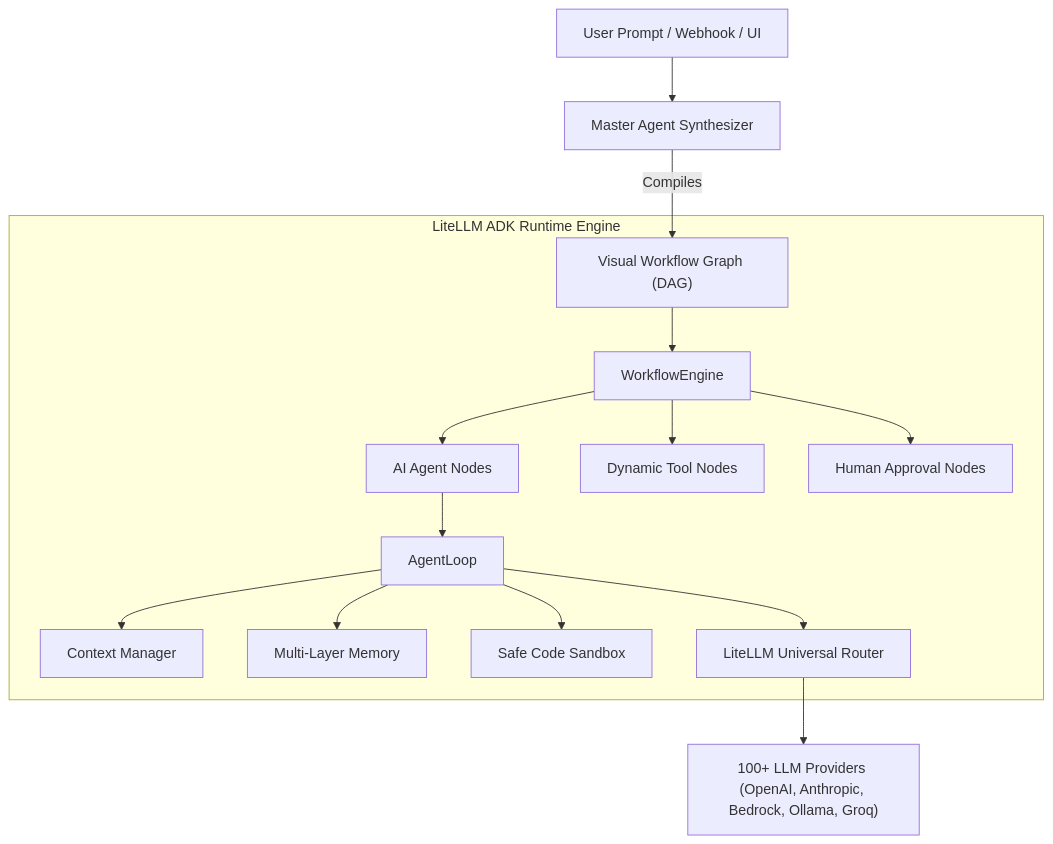
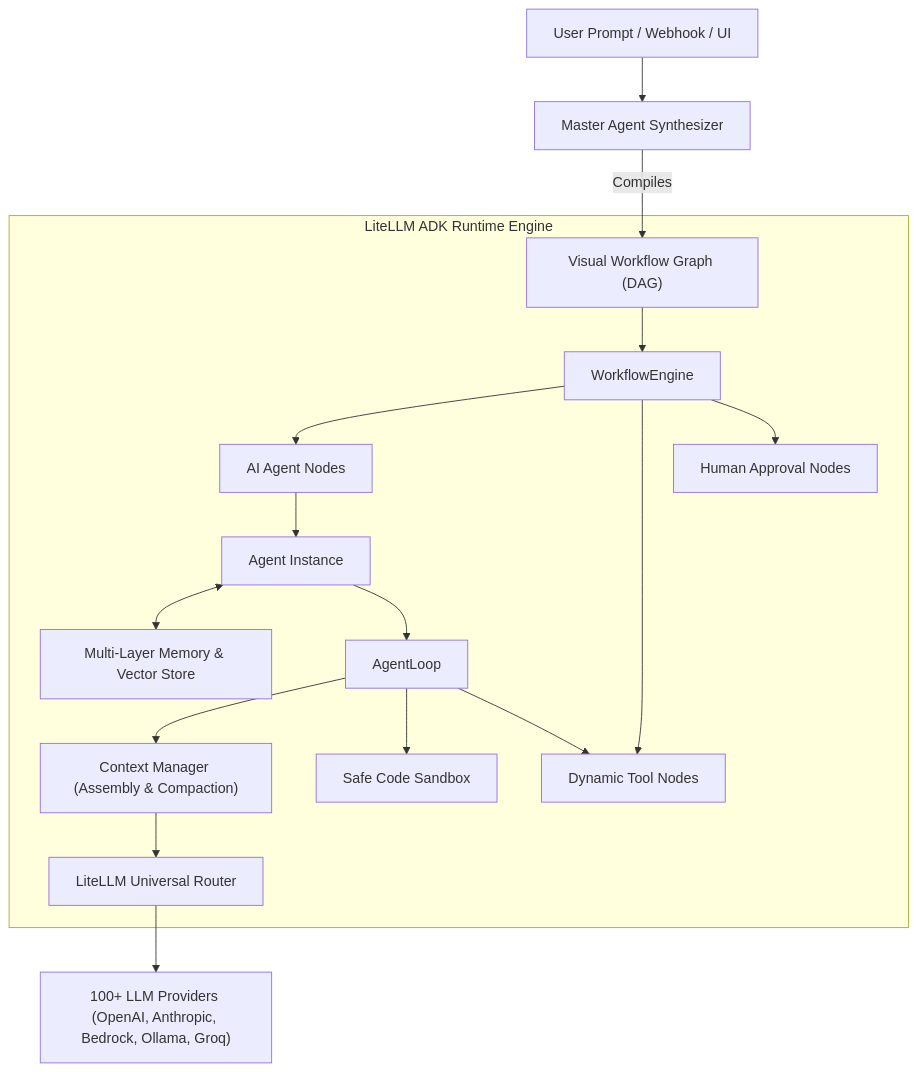
The diagram in docs/README.md (aarumugapandi-t/litellm-adk), drawn with Mermaid before and after one commit. The commit also changed other lines of this file and 7 other files, not shown here.

````diff
--- a/docs/README.md
+++ b/docs/README.md
@@ -28,20 +28,22 @@
 ```mermaid
 graph TD
     User["User Prompt / Webhook / UI"] --> MasterAgent["Master Agent Synthesizer"]
     MasterAgent --> |Compiles| Workflow["Visual Workflow Graph (DAG)"]
     
     subgraph "LiteLLM ADK Runtime Engine"
         Workflow --> Engine["WorkflowEngine"]
         Engine --> AgentNode["AI Agent Nodes"]
         Engine --> ToolNode["Dynamic Tool Nodes"]
         Engine --> HumanNode["Human Approval Nodes"]
         
-        AgentNode --> Loop["AgentLoop"]
-        Loop --> Context["Context Manager"]
-        Loop --> Mem["Multi-Layer Memory"]
+        AgentNode --> Agent["Agent Instance"]
+        Agent <--> Mem["Multi-Layer Memory & Vector Store"]
+        Agent --> Loop["AgentLoop"]
+        Loop --> Context["Context Manager (Assembly & Compaction)"]
+        Context --> Router["LiteLLM Universal Router"]
         Loop --> Sandbox["Safe Code Sandbox"]
-        Loop --> Router["LiteLLM Universal Router"]
+        Loop --> ToolNode
     end
     
     Router --> Providers["100+ LLM Providers (OpenAI, Anthropic, Bedrock, Ollama, Groq)"]
 ```
````
